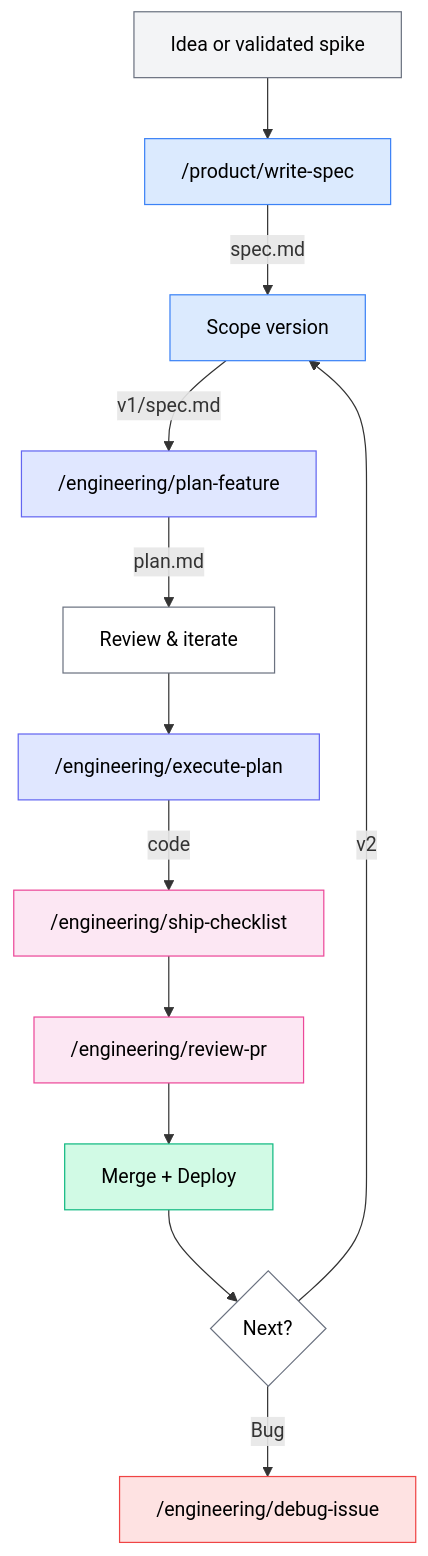
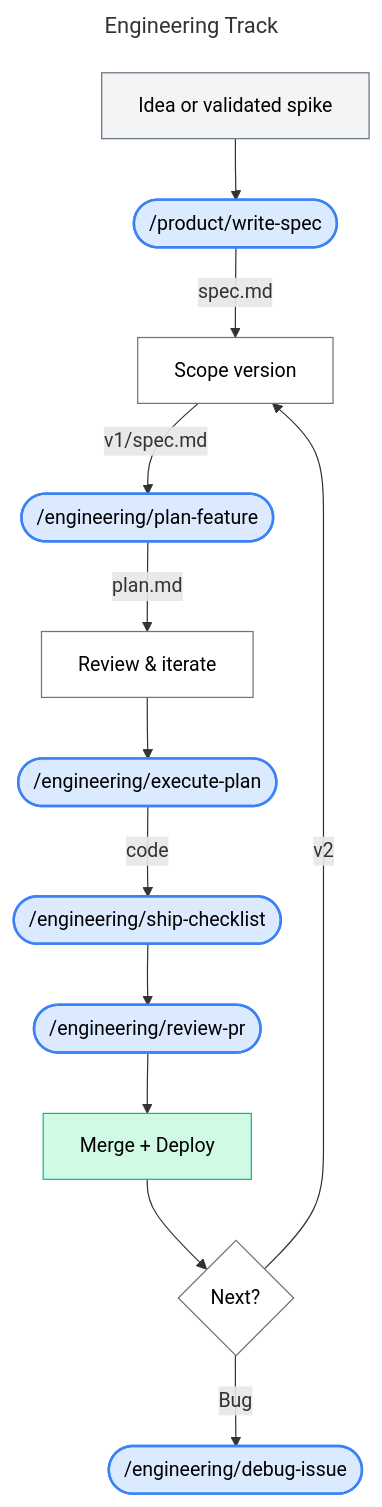
Before and after one commit to DalgoT4D/dalgo-core: the second of 2 diagrams in README.md, drawn with Mermaid. The commit also changed other lines of this file, not shown here.

````diff
--- a/README.md
+++ b/README.md
@@ -87,26 +88,29 @@
 ```mermaid
+---
+title: Engineering Track
+---
 flowchart TD
-    A["Idea or validated spike"] --> B["/product/write-spec"]
+    A["Idea or validated spike"] --> B(["/product/write-spec"])
     B --> |"spec.md"| C["Scope version"]
-    C --> |"v1/spec.md"| D["/engineering/plan-feature"]
+    C --> |"v1/spec.md"| D(["/engineering/plan-feature"])
     D --> |"plan.md"| E["Review & iterate"]
-    E --> F["/engineering/execute-plan"]
-    F --> |"code"| G["/engineering/ship-checklist"]
-    G --> H["/engineering/review-pr"]
+    E --> F(["/engineering/execute-plan"])
+    F --> |"code"| G(["/engineering/ship-checklist"])
+    G --> H(["/engineering/review-pr"])
     H --> I["Merge + Deploy"]
     I --> J{Next?}
-    J --> |Bug| K["/engineering/debug-issue"]
+    J --> |Bug| K(["/engineering/debug-issue"])
     J --> |v2| C
 
     style A fill:#f3f4f6,stroke:#6b7280,color:#000
-    style B fill:#dbeafe,stroke:#3b82f6,color:#000
-    style C fill:#dbeafe,stroke:#3b82f6,color:#000
-    style D fill:#e0e7ff,stroke:#6366f1,color:#000
+    style B fill:#dbeafe,stroke:#3b82f6,color:#000,stroke-width:2px
+    style C fill:#fff,stroke:#6b7280,color:#000
+    style D fill:#dbeafe,stroke:#3b82f6,color:#000,stroke-width:2px
     style E fill:#fff,stroke:#6b7280,color:#000
-    style F fill:#e0e7ff,stroke:#6366f1,color:#000
-    style G fill:#fce7f3,stroke:#ec4899,color:#000
-    style H fill:#fce7f3,stroke:#ec4899,color:#000
+    style F fill:#dbeafe,stroke:#3b82f6,color:#000,stroke-width:2px
+    style G fill:#dbeafe,stroke:#3b82f6,color:#000,stroke-width:2px
+    style H fill:#dbeafe,stroke:#3b82f6,color:#000,stroke-width:2px
     style I fill:#d1fae5,stroke:#10b981,color:#000
     style J fill:#fff,stroke:#6b7280,color:#000
-    style K fill:#fee2e2,stroke:#ef4444,color:#000
+    style K fill:#dbeafe,stroke:#3b82f6,color:#000,stroke-width:2px
 ```
````
